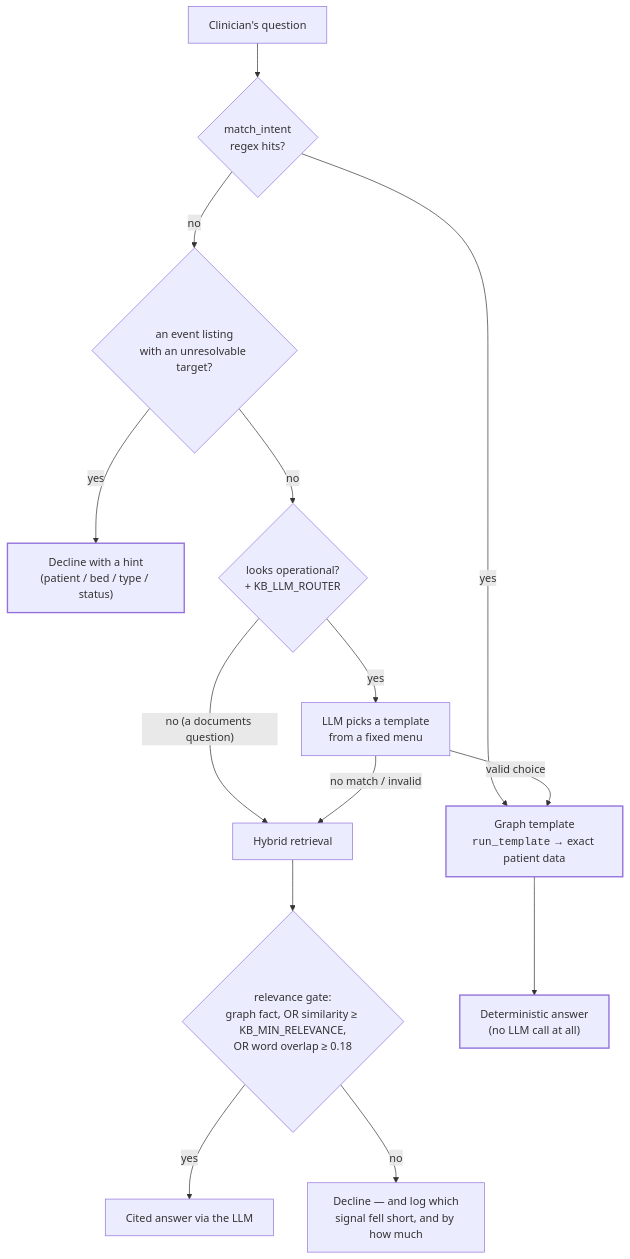
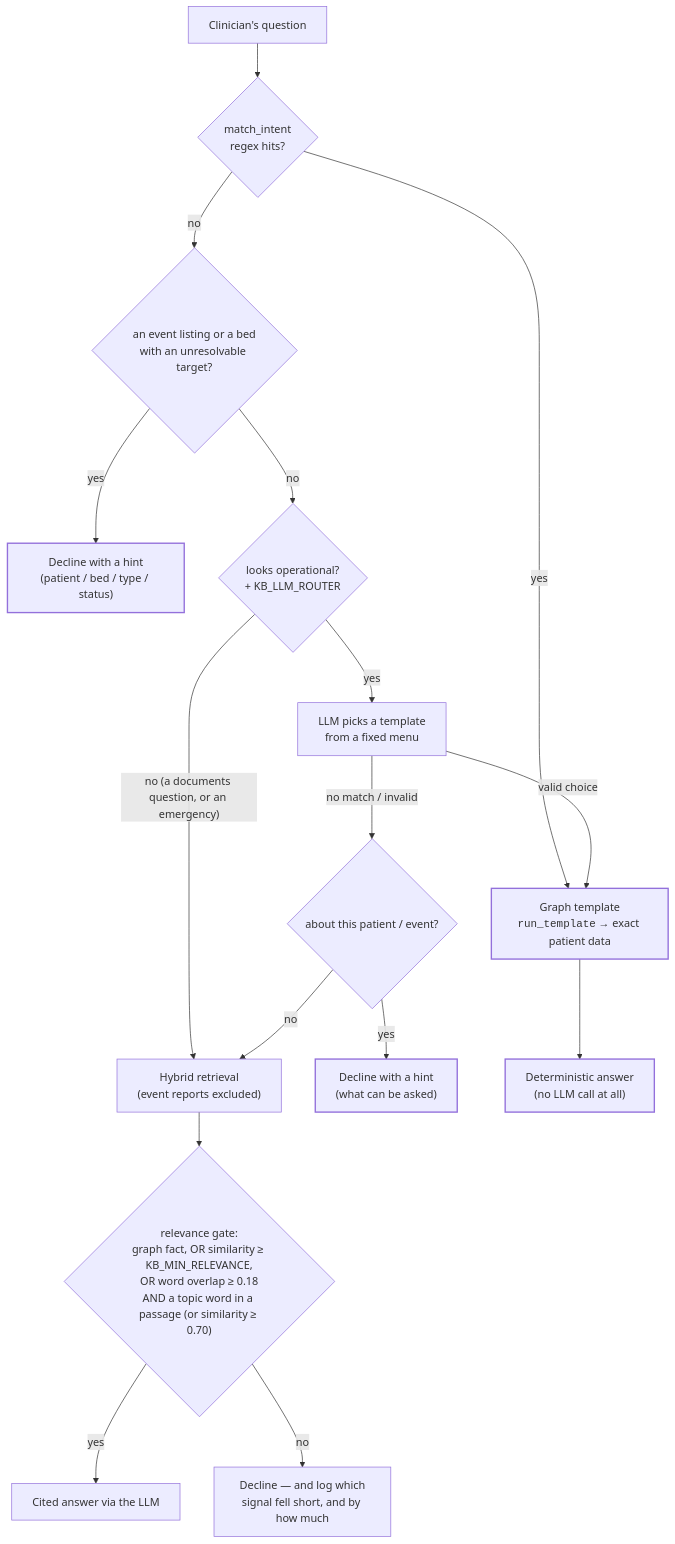
Before and after one commit to crtx-sg/rmsai-relay: the third of 5 diagrams in ARCHITECTURE.md, drawn with Mermaid. The commit also changed other lines of this file and 26 other files, not shown here.

````diff
--- a/ARCHITECTURE.md
+++ b/ARCHITECTURE.md
@@ -269,19 +288,21 @@
 ```mermaid
 flowchart TD
     Q["Clinician's question"] --> R{"match_intent<br/>regex hits?"}
     R -- yes --> T["Graph template<br/><code>run_template</code> → exact patient data"]
-    R -- no --> EL{"an event listing<br/>with an unresolvable target?"}
+    R -- no --> EL{"an event listing or a bed<br/>with an unresolvable target?"}
     EL -- yes --> DH["Decline with a hint<br/>(patient / bed / type / status)"]
     EL -- no --> O{"looks operational?<br/>+ KB_LLM_ROUTER"}
-    O -- "no (a documents question)" --> H["Hybrid retrieval"]
+    O -- "no (a documents question, or an emergency)" --> H["Hybrid retrieval<br/>(event reports excluded)"]
     O -- yes --> L["LLM picks a template<br/>from a fixed menu"]
     L -- "valid choice" --> T
-    L -- "no match / invalid" --> H
-    H --> G{"relevance gate:<br/>graph fact, OR similarity ≥ KB_MIN_RELEVANCE,<br/>OR word overlap ≥ 0.18"}
+    L -- "no match / invalid" --> PS{"about this patient / event?"}
+    PS -- yes --> PH["Decline with a hint<br/>(what can be asked)"]
+    PS -- no --> H
+    H --> G{"relevance gate:<br/>graph fact, OR similarity ≥ KB_MIN_RELEVANCE,<br/>OR word overlap ≥ 0.18<br/>AND a topic word in a passage (or similarity ≥ 0.70)"}
     G -- yes --> A["Cited answer via the LLM"]
     G -- no --> D["Decline — and log which<br/>signal fell short, and by how much"]
     T --> P["Deterministic answer<br/>(no LLM call at all)"]
 
     classDef nollm stroke-width:2px;
-    class T,P,DH nollm;
+    class T,P,DH,PH nollm;
 ```
````
